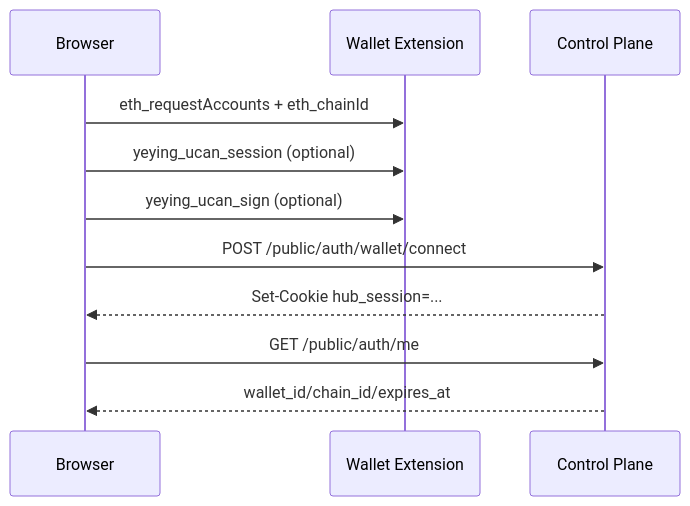
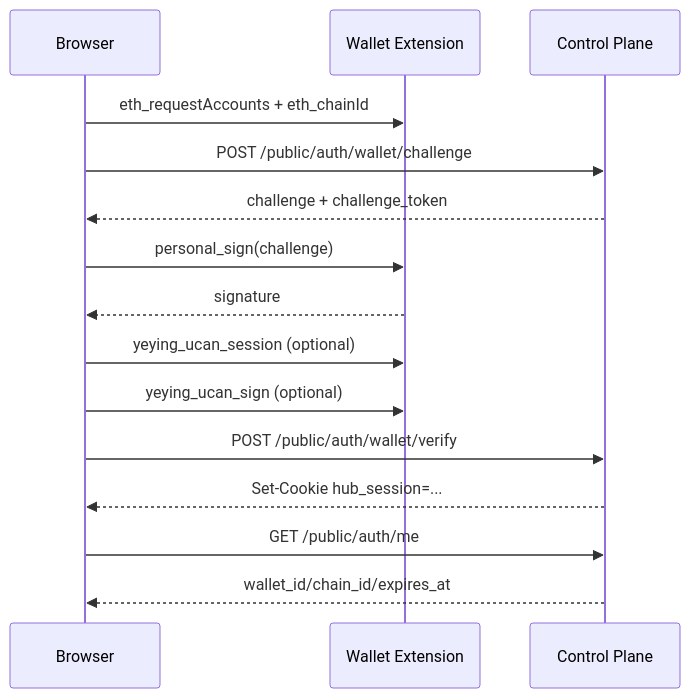
One commit to liuppx/robot changed the third of 7 diagrams in docs/hub-control-plane-detailed-design.md. Above: the diagram before and after it, drawn with Mermaid. The commit also changed other lines of this file and 12 other files, not shown here.

Commit message:
feat(hub): close wallet auth loop

````diff
--- a/docs/hub-control-plane-detailed-design.md
+++ b/docs/hub-control-plane-detailed-design.md
@@ -200,14 +201,18 @@
 ```mermaid
 sequenceDiagram
     participant B as Browser
     participant W as Wallet Extension
     participant CP as Control Plane
 
     B->>W: eth_requestAccounts + eth_chainId
+    B->>CP: POST /public/auth/wallet/challenge
+    CP-->>B: challenge + challenge_token
+    B->>W: personal_sign(challenge)
+    W-->>B: signature
     B->>W: yeying_ucan_session (optional)
     B->>W: yeying_ucan_sign (optional)
-    B->>CP: POST /public/auth/wallet/connect
+    B->>CP: POST /public/auth/wallet/verify
     CP-->>B: Set-Cookie hub_session=...
     B->>CP: GET /public/auth/me
     CP-->>B: wallet_id/chain_id/expires_at
 ```
````
